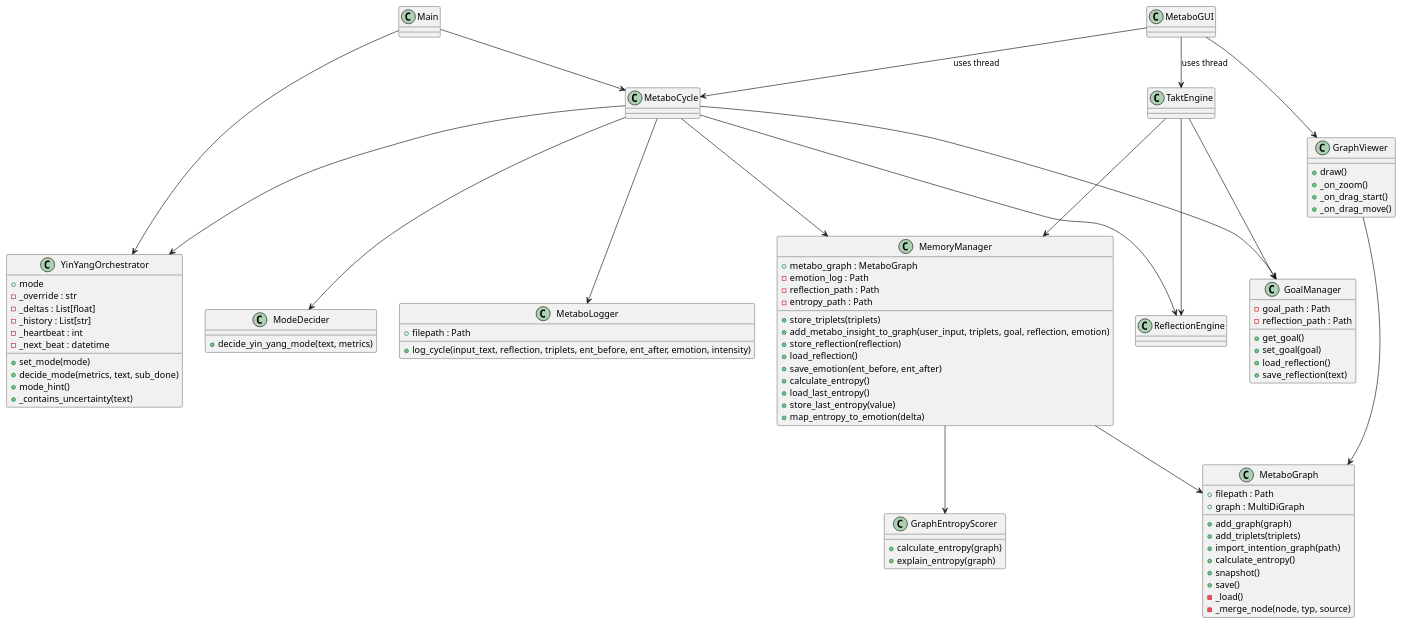
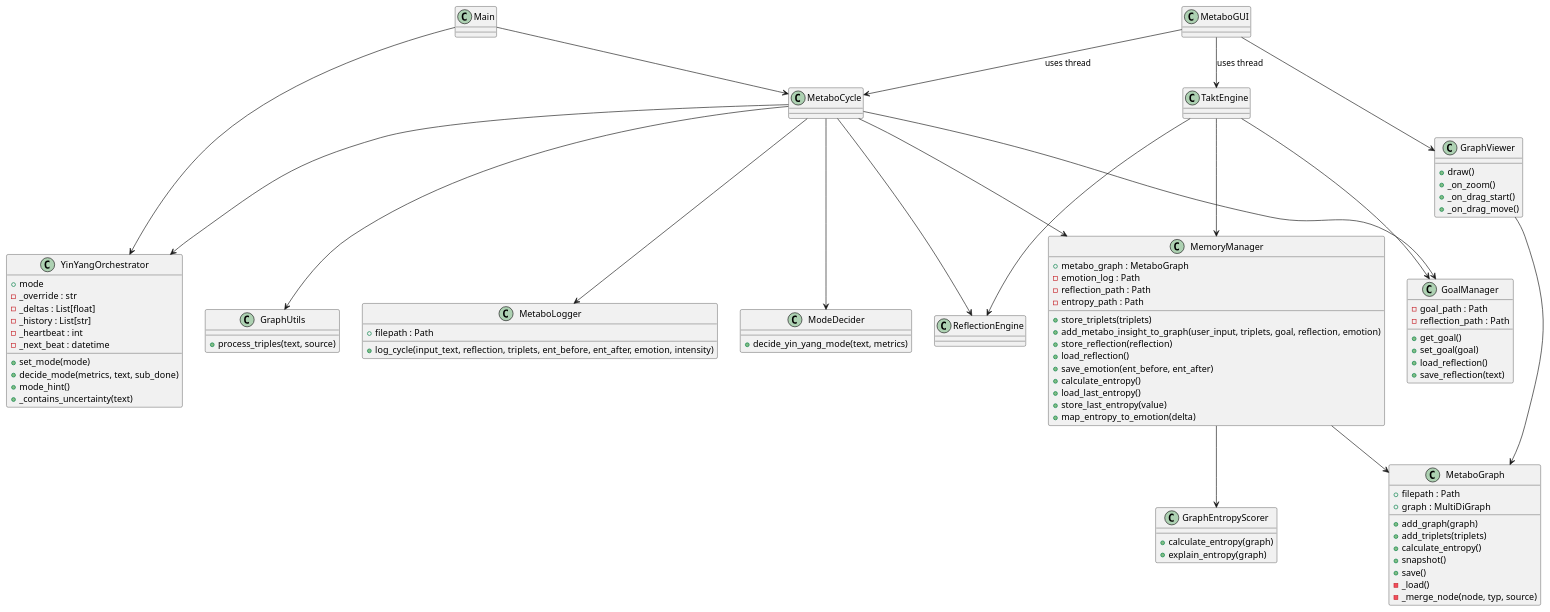
One commit to marcusreimold/MetaboMind changed the diagram in doc/diagrams/class_diagram.puml. Above: the diagram before and after it, drawn with PlantUML. The commit also changed 18 other files, not shown here.

Commit message:
Unify triple processing and update graphs

```diff
--- a/doc/diagrams/class_diagram.puml
+++ b/doc/diagrams/class_diagram.puml
@@ -1,90 +1,93 @@
 @startuml
 '/' Updated after adding requirements.txt
 class Main
 class MetaboCycle
 class GoalManager {
   -goal_path : Path
   -reflection_path : Path
   +get_goal()
   +set_goal(goal)
   +load_reflection()
   +save_reflection(text)
 }
 class MemoryManager {
   +metabo_graph : MetaboGraph
   -emotion_log : Path
   -reflection_path : Path
   -entropy_path : Path
   +store_triplets(triplets)
   +add_metabo_insight_to_graph(user_input, triplets, goal, reflection, emotion)
   +store_reflection(reflection)
   +load_reflection()
   +save_emotion(ent_before, ent_after)
   +calculate_entropy()
   +load_last_entropy()
   +store_last_entropy(value)
   +map_entropy_to_emotion(delta)
 }
 class ReflectionEngine
 class TaktEngine
 class YinYangOrchestrator {
   +mode
   -_override : str
   -_deltas : List[float]
   -_history : List[str]
   -_heartbeat : int
   -_next_beat : datetime
   +set_mode(mode)
   +decide_mode(metrics, text, sub_done)
   +mode_hint()
   +_contains_uncertainty(text)
 }
 class ModeDecider {
   +decide_yin_yang_mode(text, metrics)
 }
 class MetaboGUI
 class GraphViewer {
   +draw()
   +_on_zoom()
   +_on_drag_start()
   +_on_drag_move()
 }
 class GraphEntropyScorer {
   +calculate_entropy(graph)
   +explain_entropy(graph)
 }
 class MetaboGraph {
   +filepath : Path
   +graph : MultiDiGraph
   +add_graph(graph)
   +add_triplets(triplets)
-  +import_intention_graph(path)
   +calculate_entropy()
   +snapshot()
   +save()
   -_load()
   -_merge_node(node, typ, source)
+}
+class GraphUtils {
+  +process_triples(text, source)
 }
 class MetaboLogger {
   +filepath : Path
   +log_cycle(input_text, reflection, triplets, ent_before, ent_after, emotion, intensity)
 }
 
 Main --> MetaboCycle
 MetaboCycle --> GoalManager
 MetaboCycle --> MemoryManager
 MetaboCycle --> ReflectionEngine
 MetaboCycle --> YinYangOrchestrator
 MetaboCycle --> ModeDecider
+MetaboCycle --> GraphUtils
 MemoryManager --> MetaboGraph
 TaktEngine --> MemoryManager
 TaktEngine --> GoalManager
 TaktEngine --> ReflectionEngine
 Main --> YinYangOrchestrator
 MetaboGUI --> MetaboCycle : uses thread
 MetaboGUI --> TaktEngine : uses thread
 MetaboGUI --> GraphViewer
 MemoryManager --> GraphEntropyScorer
 GraphViewer --> MetaboGraph
 MetaboCycle --> MetaboLogger
 @enduml
```
